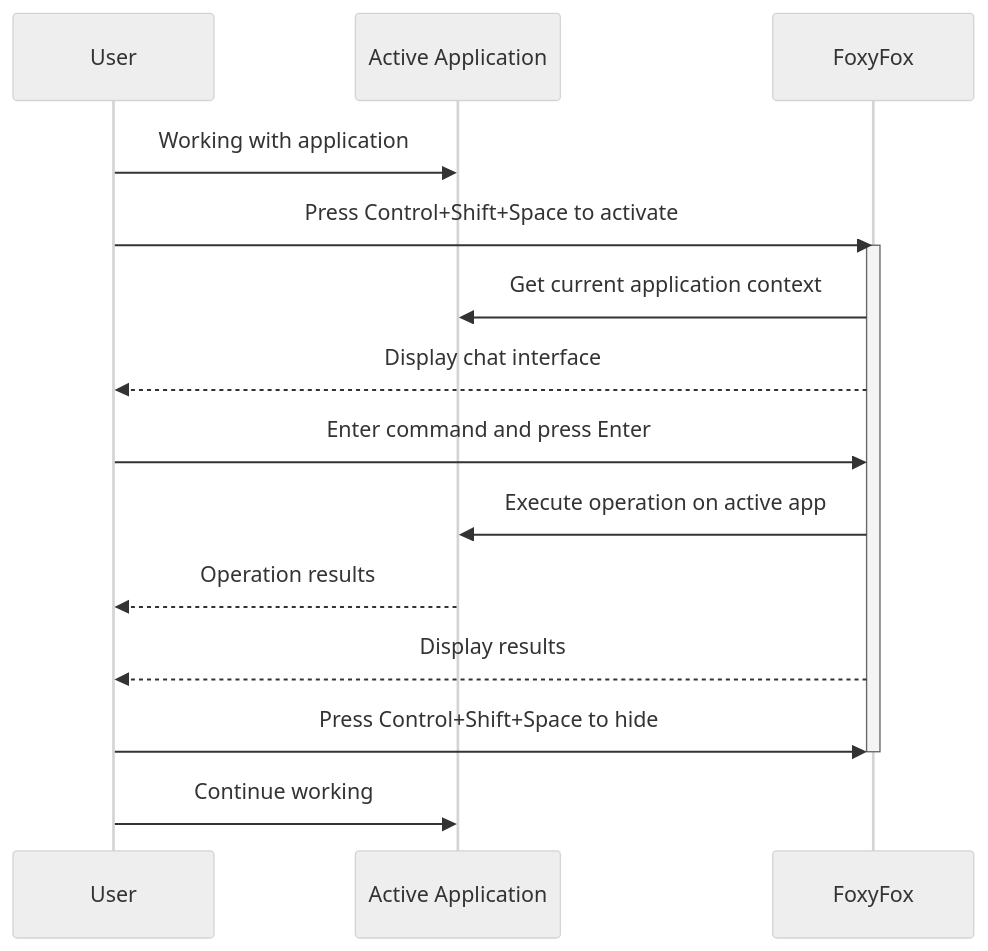
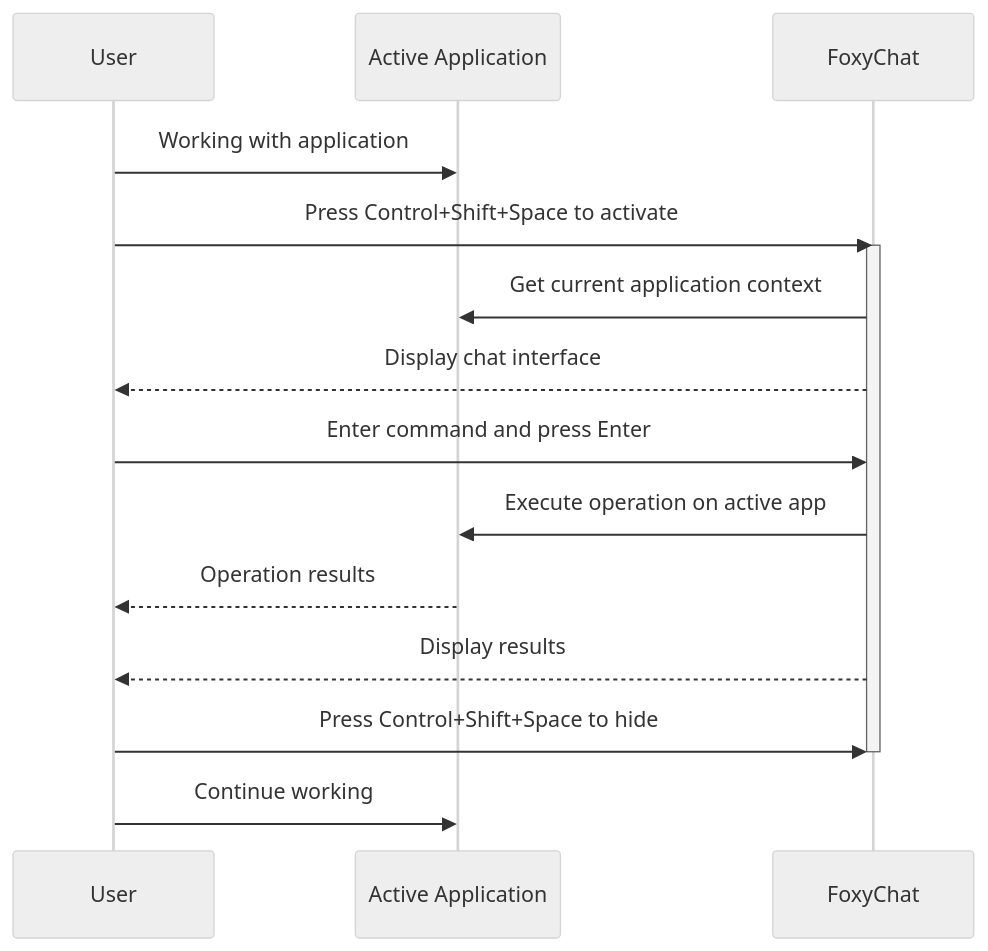
The diagram in app/workflow.md (CodeFox-Repo/Convera), drawn with Mermaid before and after one commit. The commit also changed 27 other files, not shown here.

````diff
--- a/app/workflow.md
+++ b/app/workflow.md
@@ -3,20 +3,20 @@
 ```mermaid
 %%{init: {'theme': 'neutral', 'themeVariables': { 'primaryColor': '#f0f0f0', 'primaryTextColor': '#333', 'primaryBorderColor': '#ccc', 'lineColor': '#666', 'secondaryColor': '#e6e6e6', 'tertiaryColor': '#fff' }}}%%
 sequenceDiagram
     participant User
     participant ActiveApp as Active Application
-    participant FoxyFox as FoxyFox
+    participant FoxyChat as FoxyChat
 
     User->>ActiveApp: Working with application
-    User->>FoxyFox: Press Control+Shift+Space to activate
-    activate FoxyFox
-    FoxyFox->>ActiveApp: Get current application context
-    FoxyFox-->>User: Display chat interface
-    User->>FoxyFox: Enter command and press Enter
-    FoxyFox->>ActiveApp: Execute operation on active app
+    User->>FoxyChat: Press Control+Shift+Space to activate
+    activate FoxyChat
+    FoxyChat->>ActiveApp: Get current application context
+    FoxyChat-->>User: Display chat interface
+    User->>FoxyChat: Enter command and press Enter
+    FoxyChat->>ActiveApp: Execute operation on active app
     ActiveApp-->>User: Operation results
-    FoxyFox-->>User: Display results
-    User->>FoxyFox: Press Control+Shift+Space to hide
-    deactivate FoxyFox
+    FoxyChat-->>User: Display results
+    User->>FoxyChat: Press Control+Shift+Space to hide
+    deactivate FoxyChat
     User->>ActiveApp: Continue working
 ```
````
